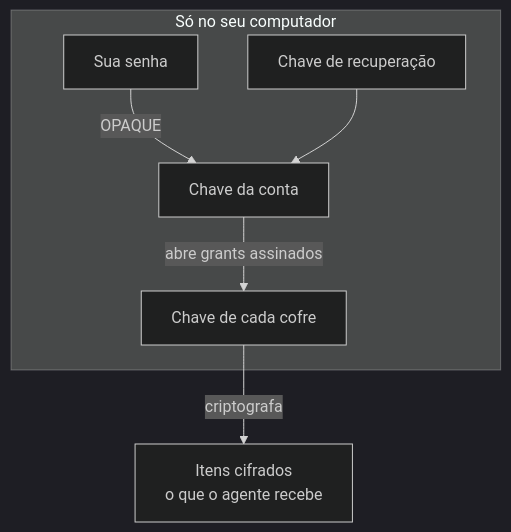
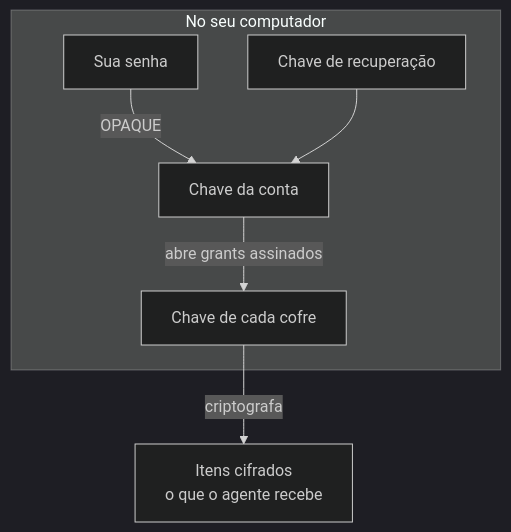
Before and after one commit to thalesleall/vessel: the second of 2 diagrams in README.md, drawn with Mermaid (dark theme). The commit also changed other lines of this file, not shown here.

Commit message:
README: shorter diagram group titles (they were cut off)

````diff
--- a/README.md
+++ b/README.md
@@ -119,9 +119,9 @@
 ```mermaid
 flowchart TB
-    subgraph pc["Só no seu computador"]
+    subgraph pc["No seu computador"]
         senha["Sua senha"] -->|"OPAQUE"| conta["Chave da conta"]
         rec["Chave de recuperação"] --> conta
         conta -->|"abre grants assinados"| cofre["Chave de cada cofre"]
     end
     cofre -->|"criptografa"| itens["Itens cifrados<br/>o que o agente recebe"]
 ```
````
